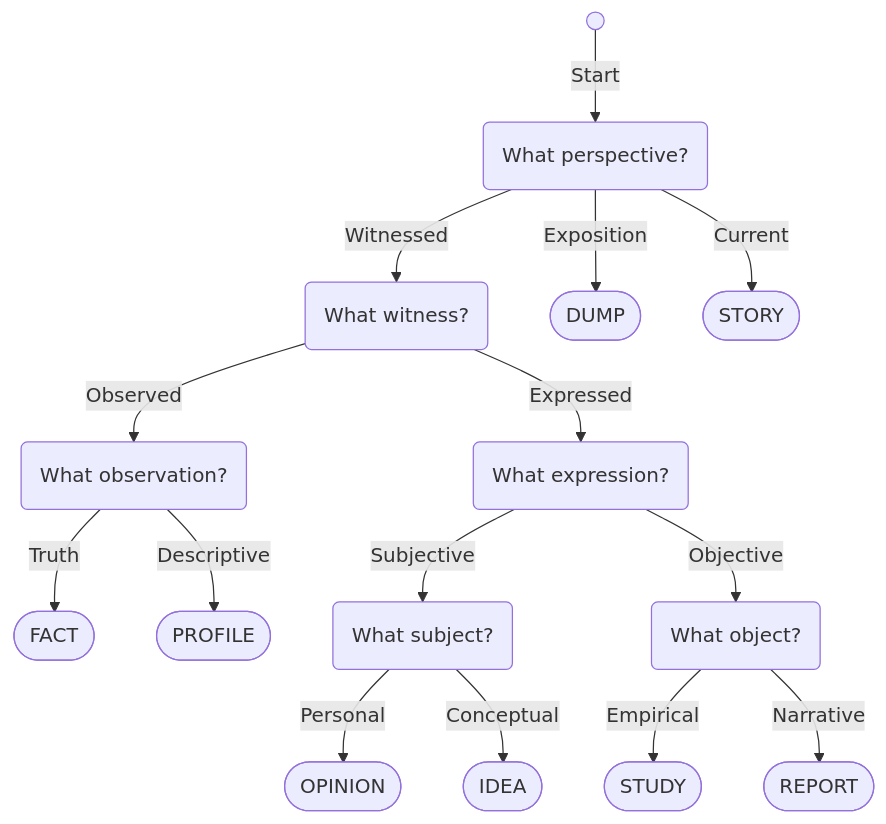
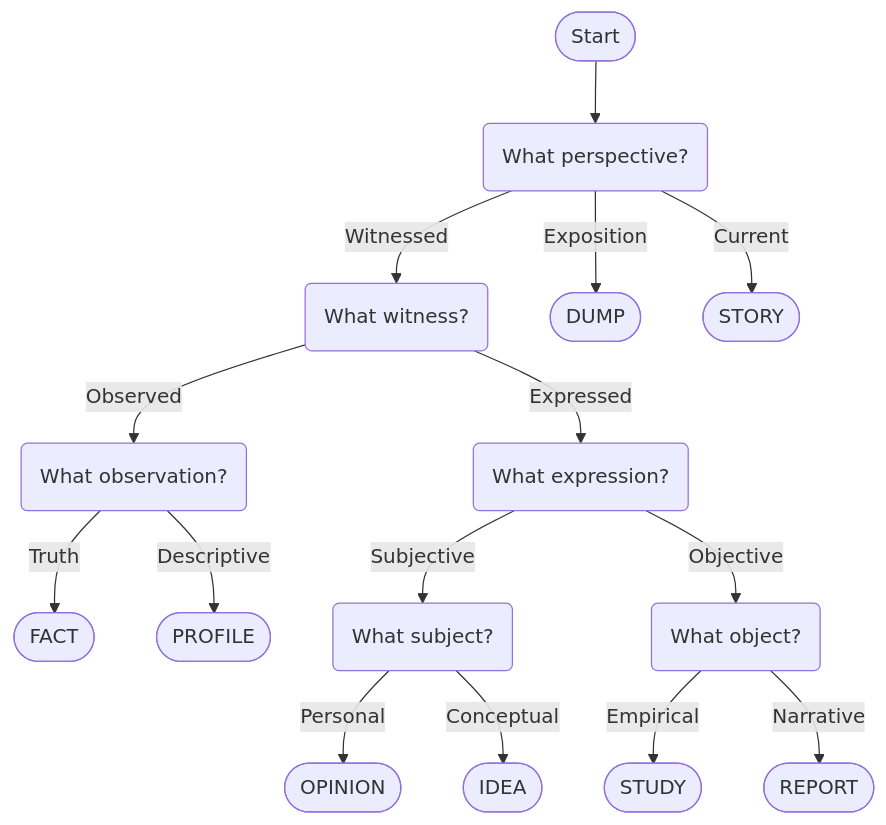
Before and after one commit to nin827/nin827.github.io: the diagram in src/site/notes/MATERIAL/NOTE/NO0004.md, drawn with Mermaid.

Commit message:
Update content src/site/notes/MATERIAL/NOTE/NO0004.md

````diff
--- a/src/site/notes/MATERIAL/NOTE/NO0004.md
+++ b/src/site/notes/MATERIAL/NOTE/NO0004.md
@@ -26,17 +26,17 @@
 ```mermaid
 flowchart TD;
-A@{ shape: sm-circ, label: "Start" } --> |"Start"| M("What perspective?")
+A(["Start"]) --> M("What perspective?")
 B --> |"Observed"| C("What observation?")
 B --> |"Expressed"| D("What expression?")
 C --> |"Truth"| E(["FACT"])
 C --> |"Descriptive"| F(["PROFILE"])
 D --> |"Subjective"| G("What subject?")
 D --> |"Objective"| H("What object?")
 G --> |"Personal"| I(["OPINION"])
 G --> |"Conceptual"| J(["IDEA"])
 H --> |"Empirical"| K(["STUDY"])
 H --> |"Narrative"| L(["REPORT"])
 M --> |"Exposition"| O(["DUMP"])
 M --> |"Current"| P(["STORY"])
 M --> |"Witnessed"| B("What witness?")
 ```
````
